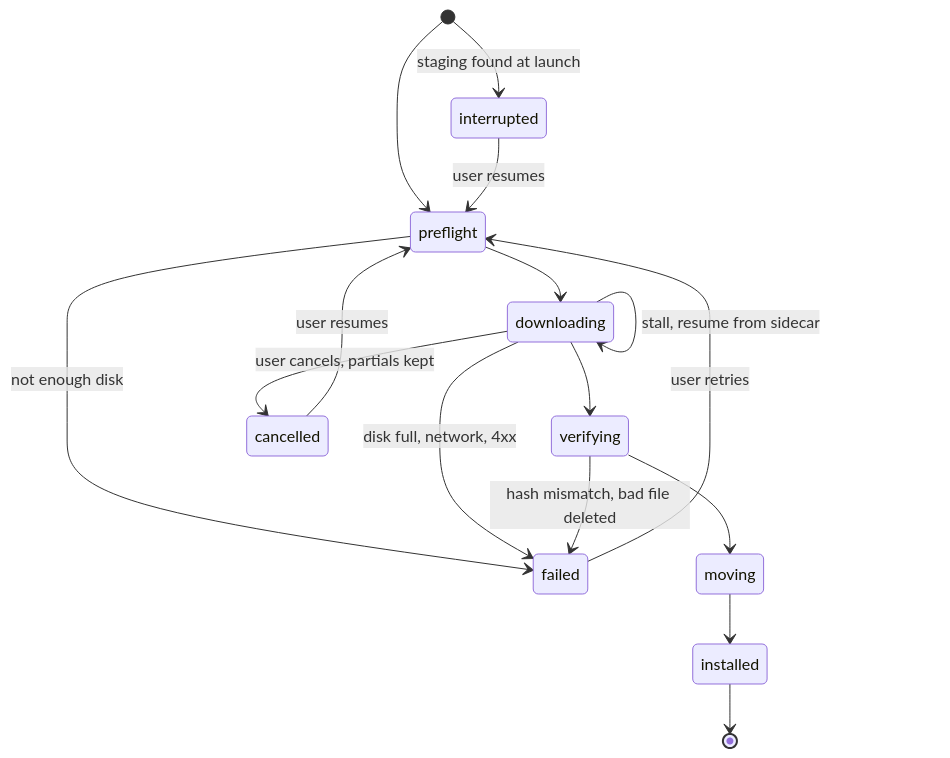
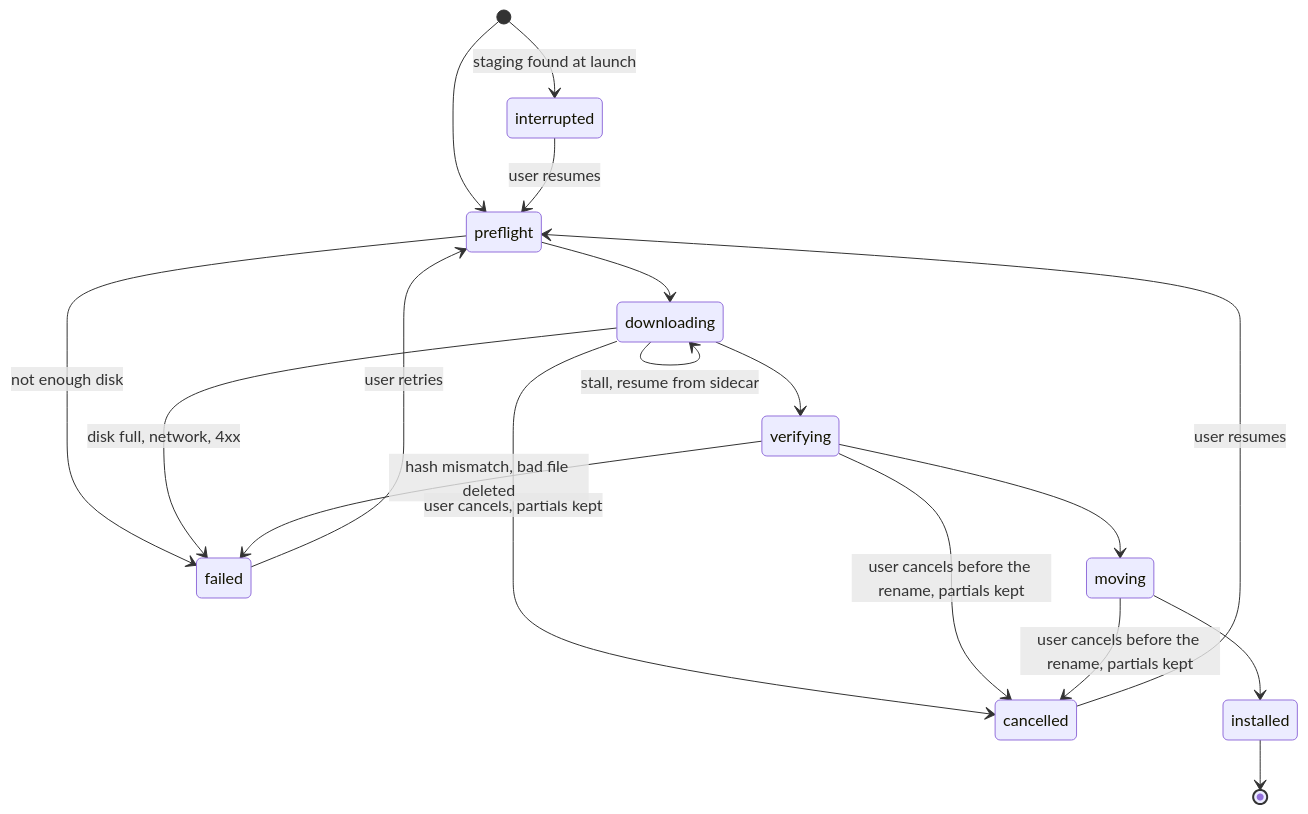
Before and after one commit to fearless-holdings/mlx-create: the diagram in docs/lld/models.md, drawn with Mermaid. The commit also changed other lines of this file and 8 other files, not shown here.

````diff
--- a/docs/lld/models.md
+++ b/docs/lld/models.md
@@ -139,18 +140,20 @@
 ```mermaid
 stateDiagram-v2
   [*] --> preflight
   preflight --> failed: not enough disk
   preflight --> downloading
   downloading --> downloading: stall, resume from sidecar
   downloading --> verifying
   downloading --> cancelled: user cancels, partials kept
   downloading --> failed: disk full, network, 4xx
   verifying --> failed: hash mismatch, bad file deleted
+  verifying --> cancelled: user cancels before the rename, partials kept
   verifying --> moving
+  moving --> cancelled: user cancels before the rename, partials kept
   moving --> installed
   cancelled --> preflight: user resumes
   failed --> preflight: user retries
   [*] --> interrupted: staging found at launch
   interrupted --> preflight: user resumes
   installed --> [*]
 ```
````
